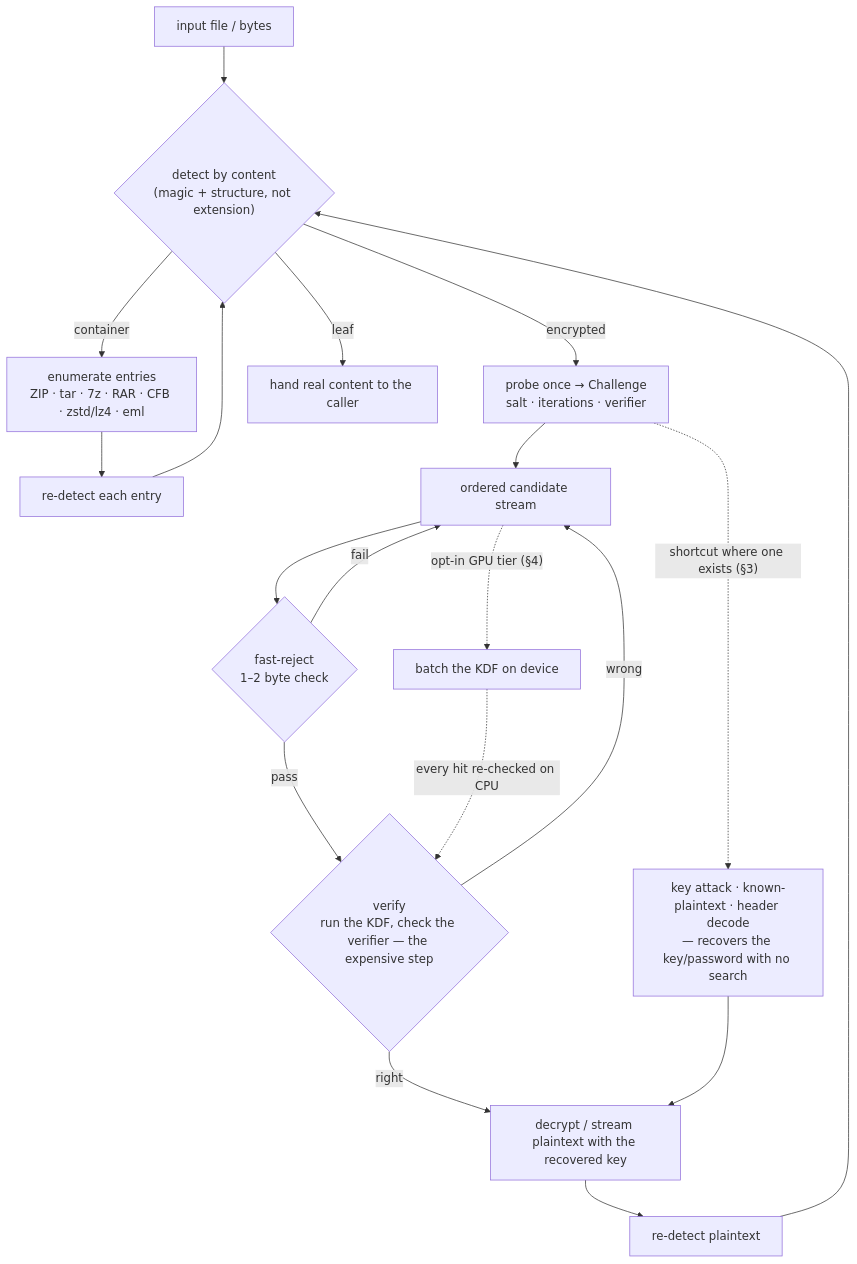
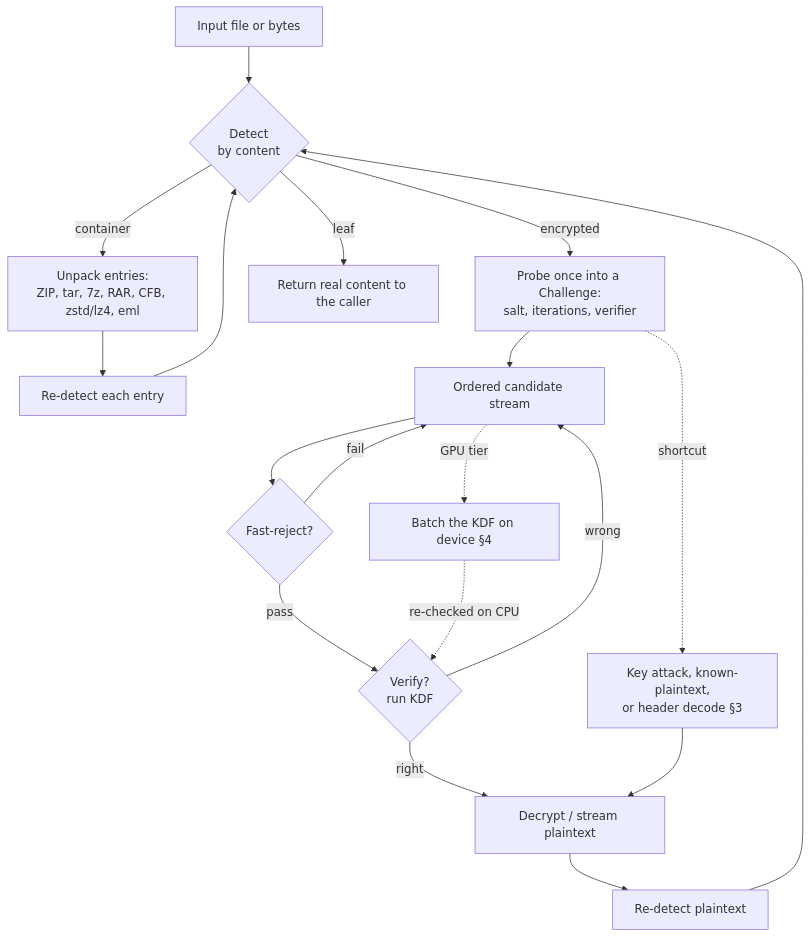
The diagram in docs/CRACKING.md (rom/Xcrack), drawn with Mermaid before and after one commit. The commit also changed 5 other files, not shown here.

First line of the commit message:
docs: mermaid clip fix, new CLI flags, found-cache perf answer, gap-review

````diff
--- a/docs/CRACKING.md
+++ b/docs/CRACKING.md
@@ -21,17 +21,21 @@
 ```mermaid
 flowchart TD
-  IN["input file / bytes"] --> DET{"detect by content<br/>(magic + structure, not extension)"}
-  DET -->|"container"| UNP["enumerate entries<br/>ZIP · tar · 7z · RAR · CFB · zstd/lz4 · eml"]
-  DET -->|"encrypted"| PRB["probe once → Challenge<br/>salt · iterations · verifier"]
-  DET -->|"leaf"| OUT["hand real content to the caller"]
-  UNP --> RE["re-detect each entry"] --> DET
-  PRB --> CS["ordered candidate stream"]
-  CS --> FR{"fast-reject<br/>1–2 byte check"}
-  FR -->|"fail"| CS
-  FR -->|"pass"| VF{"verify<br/>run the KDF, check the verifier — the expensive step"}
-  VF -->|"wrong"| CS
-  VF -->|"right"| DC["decrypt / stream plaintext with the recovered key"]
-  DC --> RE2["re-detect plaintext"] --> DET
-  CS -. "opt-in GPU tier (§4)" .-> GPU["batch the KDF on device"] -. "every hit re-checked on CPU" .-> VF
-  PRB -. "shortcut where one exists (§3)" .-> SC["key attack · known-plaintext · header decode<br/>— recovers the key/password with no search"] --> DC
+  IN["Input file or bytes"] --> DET{"Detect<br/>by content"}
+  DET -->|container| UNP["Unpack entries:<br/>ZIP, tar, 7z, RAR, CFB, zstd/lz4, eml"]
+  DET -->|encrypted| PRB["Probe once into a Challenge:<br/>salt, iterations, verifier"]
+  DET -->|leaf| OUT["Return real content to the caller"]
+  UNP --> RE["Re-detect each entry"]
+  RE --> DET
+  PRB --> CS["Ordered candidate stream"]
+  CS --> FR{"Fast-reject?"}
+  FR -->|fail| CS
+  FR -->|pass| VF{"Verify?<br/>run KDF"}
+  VF -->|wrong| CS
+  VF -->|right| DC["Decrypt / stream plaintext"]
+  DC --> RD["Re-detect plaintext"]
+  RD --> DET
+  CS -. GPU tier .-> GPU["Batch the KDF on device §4"]
+  GPU -. re-checked on CPU .-> VF
+  PRB -. shortcut .-> SC["Key attack, known-plaintext,<br/>or header decode §3"]
+  SC --> DC
 ```
````
